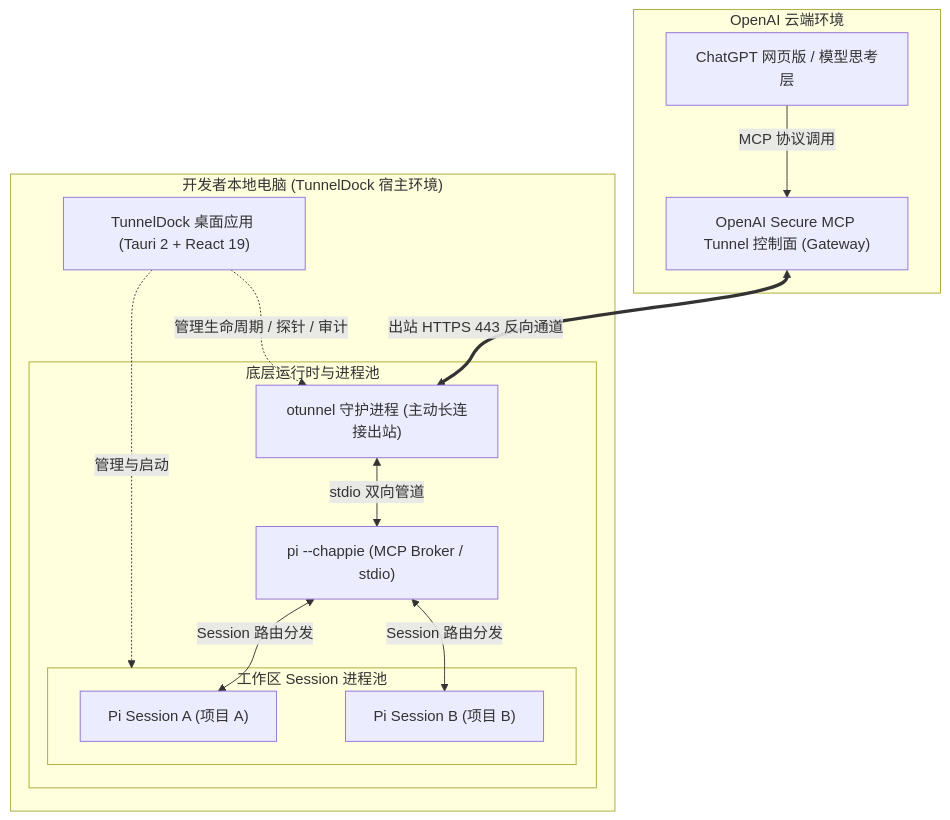
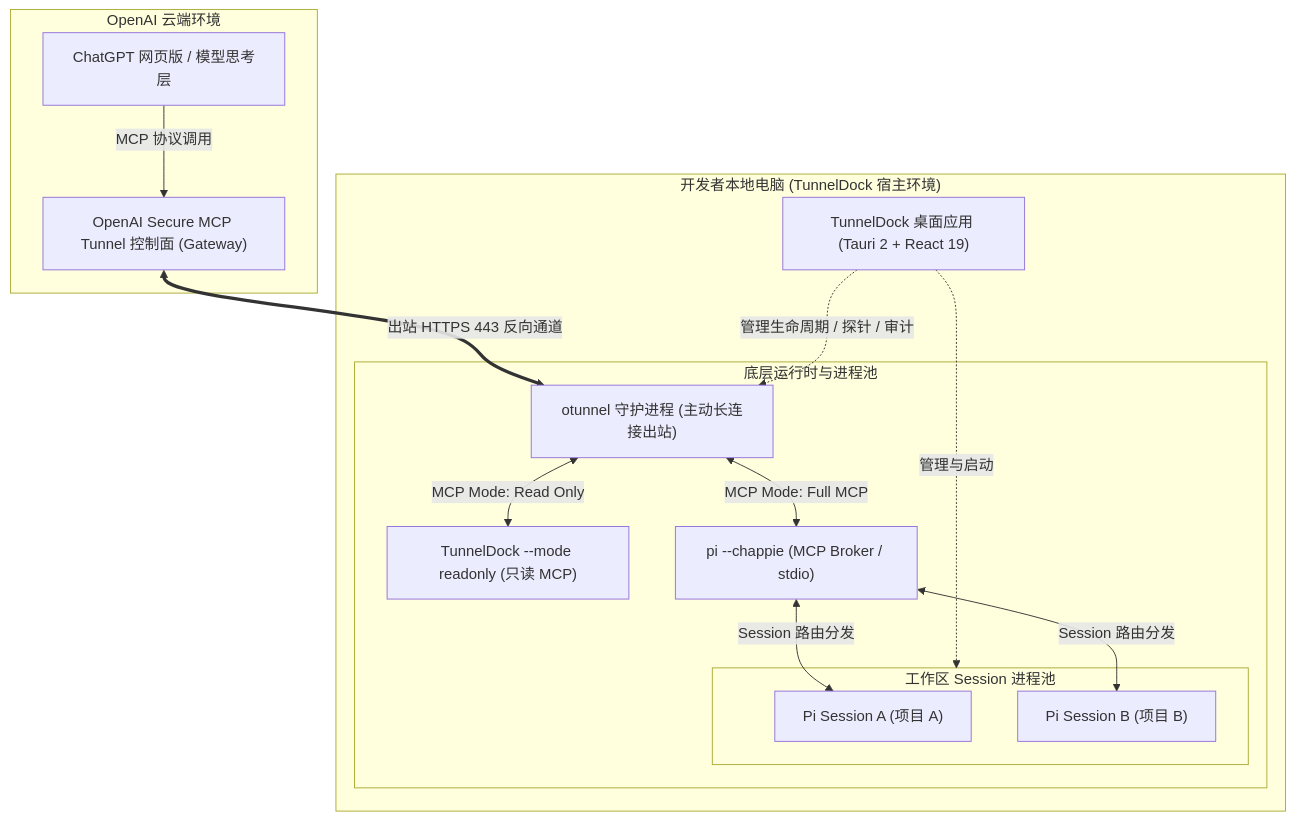
Before and after one commit to floatyears/tunneldock: the first of 2 diagrams in docs/TUNNELDOCK_ARCHITECTURE_AND_PRINCIPLES.md, drawn with Mermaid. The commit also changed other lines of this file and 28 other files, not shown here.

````diff
--- a/docs/TUNNELDOCK_ARCHITECTURE_AND_PRINCIPLES.md
+++ b/docs/TUNNELDOCK_ARCHITECTURE_AND_PRINCIPLES.md
@@ -49,29 +50,31 @@
 ```mermaid
 flowchart TD
     subgraph Cloud["OpenAI 云端环境"]
         ChatGPT["ChatGPT 网页版 / 模型思考层"]
         TunnelGateway["OpenAI Secure MCP Tunnel 控制面 (Gateway)"]
         ChatGPT -->|MCP 协议调用| TunnelGateway
     end
 
     subgraph DesktopClient["开发者本地电脑 (TunnelDock 宿主环境)"]
         TunnelDock["TunnelDock 桌面应用 (Tauri 2 + React 19)"]
 
         subgraph Daemons["底层运行时与进程池"]
             Otunnel["otunnel 守护进程 (主动长连接出站)"]
+            ReadonlyMcp["TunnelDock --mode readonly (只读 MCP)"]
             ChappieBroker["pi --chappie (MCP Broker / stdio)"]
             
             subgraph Sessions["工作区 Session 进程池"]
                 SessionA["Pi Session A (项目 A)"]
                 SessionB["Pi Session B (项目 B)"]
             end
         end
     end
 
     TunnelGateway <==>|出站 HTTPS 443 反向通道| Otunnel
-    Otunnel <-->|stdio 双向管道| ChappieBroker
+    Otunnel <-->|MCP Mode: Read Only| ReadonlyMcp
+    Otunnel <-->|MCP Mode: Full MCP| ChappieBroker
     ChappieBroker <-->|Session 路由分发| SessionA
     ChappieBroker <-->|Session 路由分发| SessionB
     TunnelDock -.->|管理生命周期 / 探针 / 审计| Otunnel
     TunnelDock -.->|管理与启动| Sessions
 ```
````
